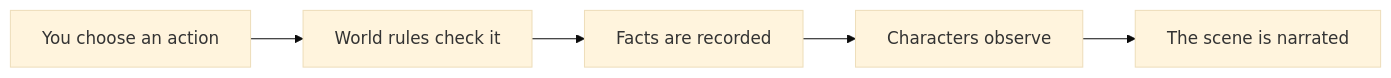
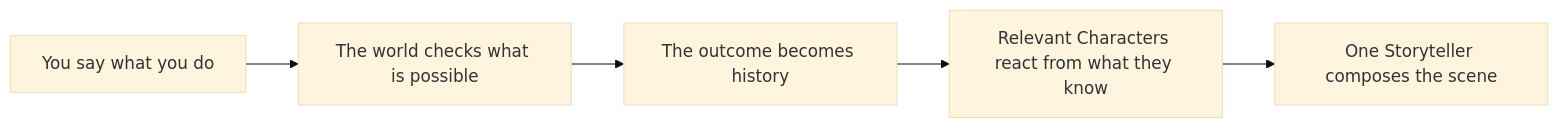
The diagram in README.md (HenryQUQ/harness-tavern), drawn with Mermaid (base theme) before and after one commit. The commit also changed other lines of this file and 76 other files, not shown here.

````diff
--- a/README.md
+++ b/README.md
@@ -36,7 +44,7 @@
 ```mermaid
 flowchart LR
-    A[You choose an action] --> B[World rules check it]
-    B --> C[Facts are recorded]
-    C --> D[Characters observe]
-    D --> E[The scene is narrated]
+    A[You say what you do] --> B[The world checks what is possible]
+    B --> C[The outcome becomes history]
+    C --> D[Relevant Characters react from what they know]
+    D --> E[One Storyteller composes the scene]
 ```
````
